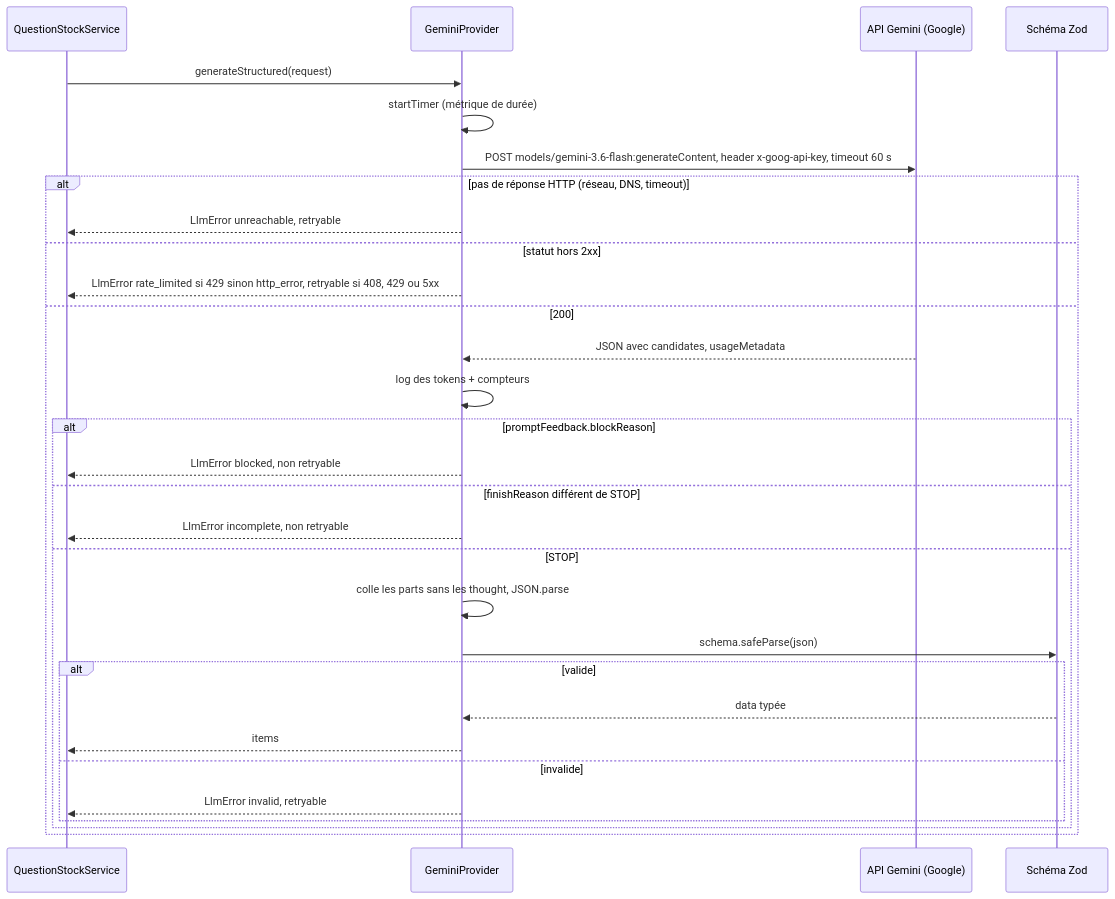
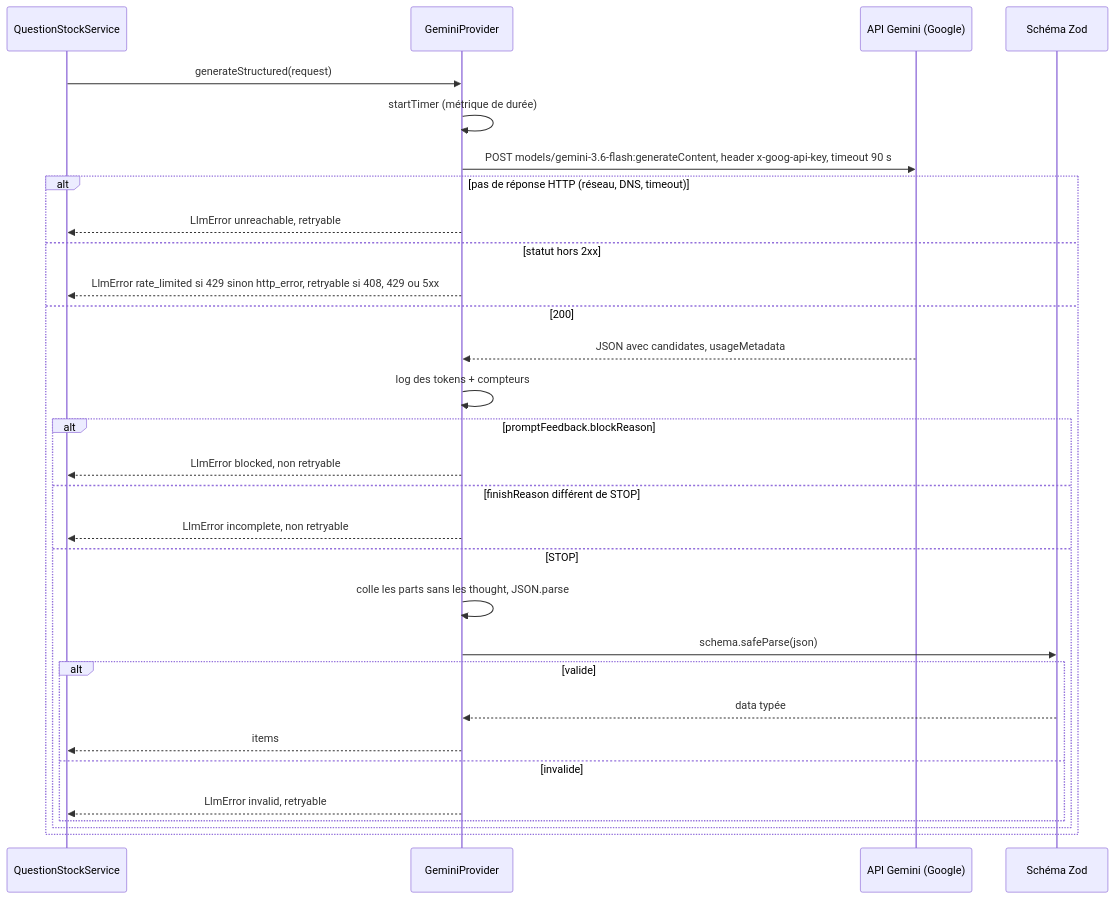
The third of 3 diagrams in docs/transcendence-course/endrit/llm-question-generation/providers.md (VictorBro/ft_transcendence), drawn with Mermaid before and after one commit. The commit also changed other lines of this file and 37 other files, not shown here.

````diff
--- a/docs/transcendence-course/endrit/llm-question-generation/providers.md
+++ b/docs/transcendence-course/endrit/llm-question-generation/providers.md
@@ -170,33 +188,33 @@
 ```mermaid
 sequenceDiagram
   participant S as QuestionStockService
   participant G as GeminiProvider
   participant API as API Gemini (Google)
   participant Z as Schéma Zod
 
   S->>G: generateStructured(request)
   G->>G: startTimer (métrique de durée)
-  G->>API: POST models/gemini-3.6-flash:generateContent, header x-goog-api-key, timeout 60 s
+  G->>API: POST models/gemini-3.6-flash:generateContent, header x-goog-api-key, timeout 90 s
   alt pas de réponse HTTP (réseau, DNS, timeout)
     G-->>S: LlmError unreachable, retryable
   else statut hors 2xx
     G-->>S: LlmError rate_limited si 429 sinon http_error, retryable si 408, 429 ou 5xx
   else 200
     API-->>G: JSON avec candidates, usageMetadata
     G->>G: log des tokens + compteurs
     alt promptFeedback.blockReason
       G-->>S: LlmError blocked, non retryable
     else finishReason différent de STOP
       G-->>S: LlmError incomplete, non retryable
     else STOP
       G->>G: colle les parts sans les thought, JSON.parse
       G->>Z: schema.safeParse(json)
       alt valide
         Z-->>G: data typée
         G-->>S: items
       else invalide
         G-->>S: LlmError invalid, retryable
       end
     end
   end
 ```
````
